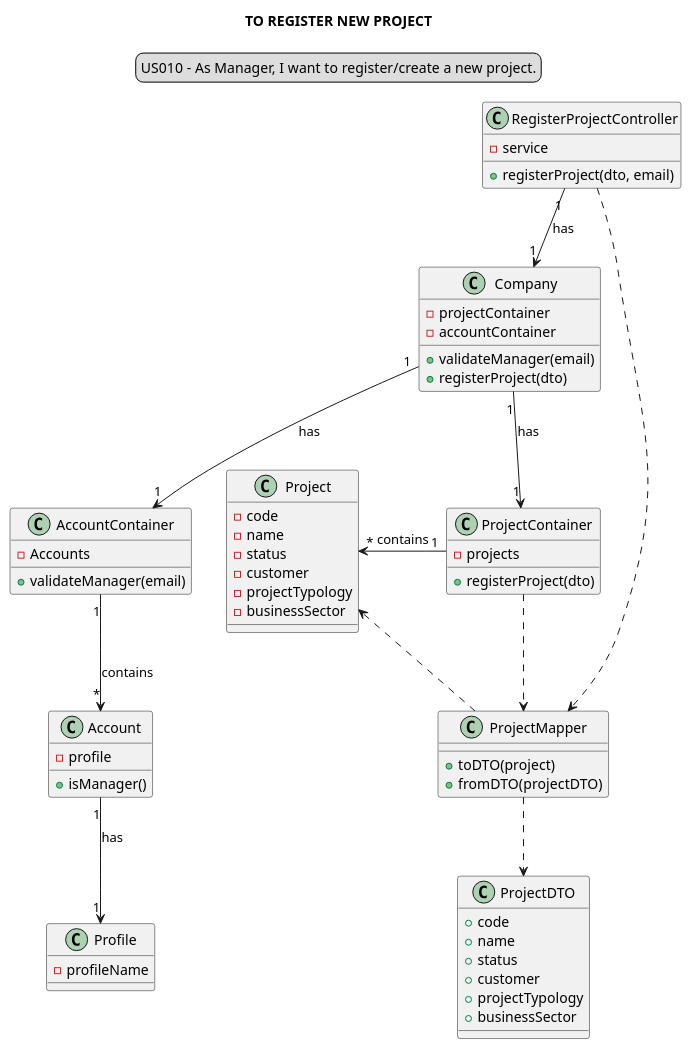
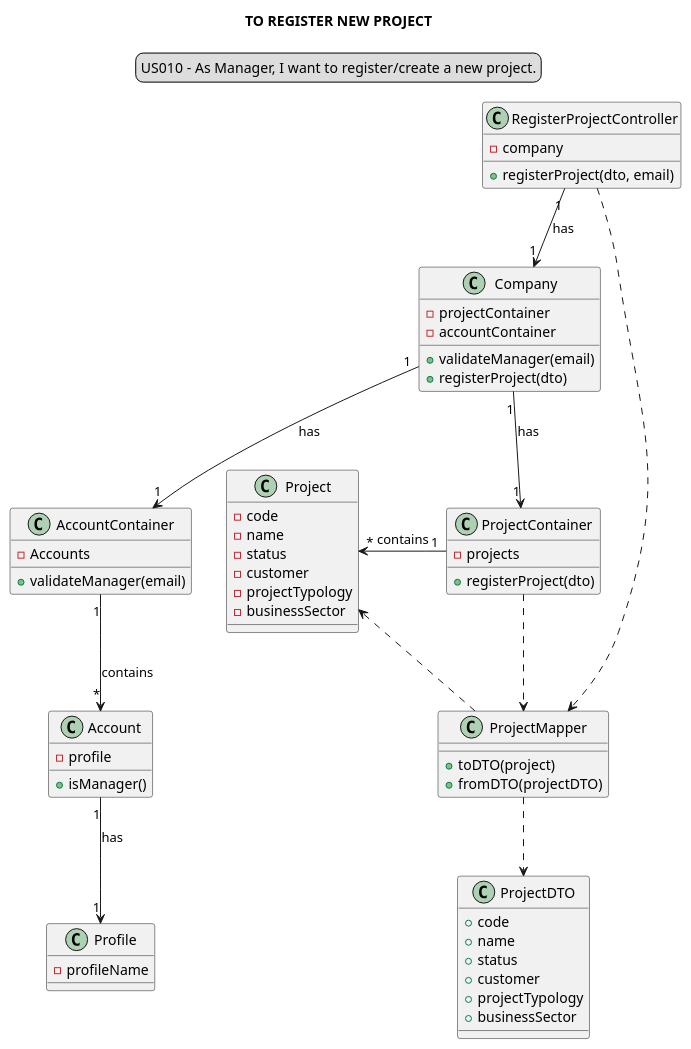
The diagram in docs/modelling_design/user_stories/sprint02/us010/US010_classDiagram.puml (Loracline/project_switch_22-23), drawn with PlantUML before and after one commit. The commit also changed 8 other files, not shown here.

```diff
--- a/docs/modelling_design/user_stories/sprint02/us010/US010_classDiagram.puml
+++ b/docs/modelling_design/user_stories/sprint02/us010/US010_classDiagram.puml
@@ -1,73 +1,73 @@
 @startuml
 
 skinparam sequenceMessageAlign center
 title TO REGISTER NEW PROJECT
 legend top
 US010 - As Manager, I want to register/create a new project.
 end legend
 
 class RegisterProjectController {
-- service
+- company
 + registerProject(dto, email)
 }
 
 
 class Company {
 - projectContainer
 - accountContainer
 + validateManager(email)
 + registerProject(dto)
 }
 class AccountContainer {
 + validateManager(email)
 - Accounts
 }
 
 class Account {
 + isManager()
 - profile
 }
 
 class Profile {
 -profileName
 }
 
 class ProjectContainer {
 - projects
 + registerProject(dto)
 }
 
 class ProjectMapper{
 + toDTO(project)
 + fromDTO(projectDTO)
 }
 
 class ProjectDTO{
 + code
 + name
 + status
 + customer
 + projectTypology
 + businessSector
 }
 
 class Project{
 - code
 - name
 - status
 - customer
 - projectTypology
 - businessSector
 }
 
 RegisterProjectController "1"-->"1" Company: has
 Company "1"-->"1" ProjectContainer: has
 Company "1"-->"1" AccountContainer: has
 AccountContainer "1"-->"*" Account: contains
 Account "1"-->"1" Profile: has
 ProjectMapper ..> ProjectDTO
 ProjectContainer ..> ProjectMapper
 RegisterProjectController ..> ProjectMapper
 ProjectMapper ..> Project
 ProjectContainer "1" -left-> "*" Project: contains
 @enduml
```
